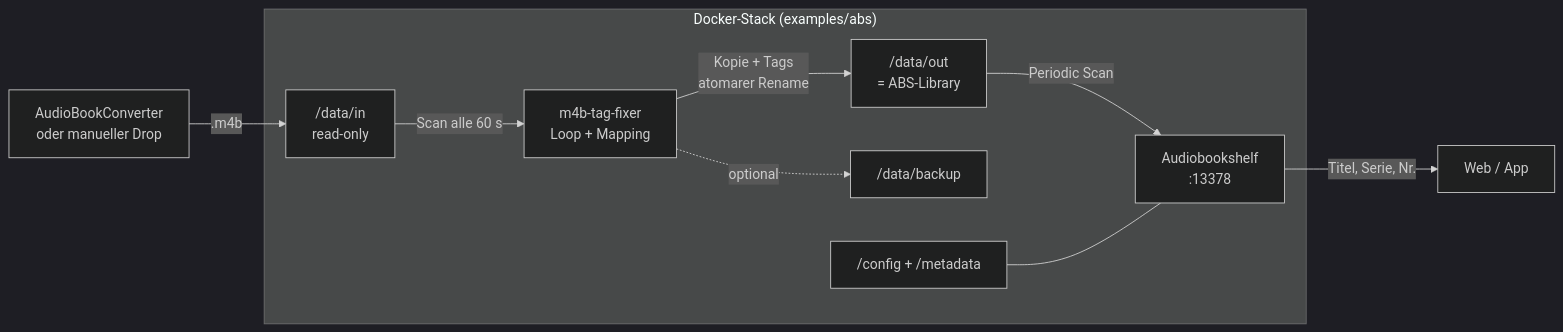
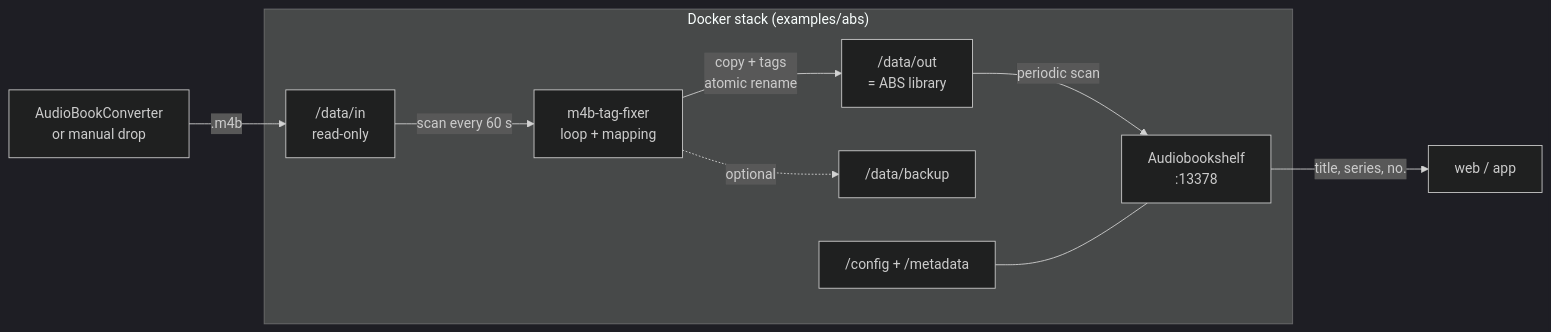
Before and after one commit to yasuoiwakura/audiobook-tag-rewriter: the first of 2 diagrams in doc/ARCHITECTURE.md, drawn with Mermaid (dark theme). The commit also changed other lines of this file and 16 other files, not shown here.

````diff
--- a/doc/ARCHITECTURE.md
+++ b/doc/ARCHITECTURE.md
@@ -29,19 +29,19 @@
 ```mermaid
 flowchart LR
-    subgraph STACK["Docker-Stack (examples/abs)"]
+    subgraph STACK["Docker stack (examples/abs)"]
         IN["/data/in<br/>read-only"]
-        FIX["m4b-tag-fixer<br/>Loop + Mapping"]
-        OUT["/data/out<br/>= ABS-Library"]
+        FIX["m4b-tag-fixer<br/>loop + mapping"]
+        OUT["/data/out<br/>= ABS library"]
         BAK["/data/backup"]
         ABS["Audiobookshelf<br/>:13378"]
         CFG["/config + /metadata"]
     end
 
-    ABC["AudioBookConverter<br/>oder manueller Drop"] -->|".m4b"| IN
-    IN -->|"Scan alle 60 s"| FIX
-    FIX -->|"Kopie + Tags<br/>atomarer Rename"| OUT
+    ABC["AudioBookConverter<br/>or manual drop"] -->|".m4b"| IN
+    IN -->|"scan every 60 s"| FIX
+    FIX -->|"copy + tags<br/>atomic rename"| OUT
     FIX -.->|"optional"| BAK
-    OUT -->|"Periodic Scan"| ABS
+    OUT -->|"periodic scan"| ABS
     CFG --- ABS
-    ABS -->|"Titel, Serie, Nr."| CLIENT["Web / App"]
+    ABS -->|"title, series, no."| CLIENT["web / app"]
 ```
````
